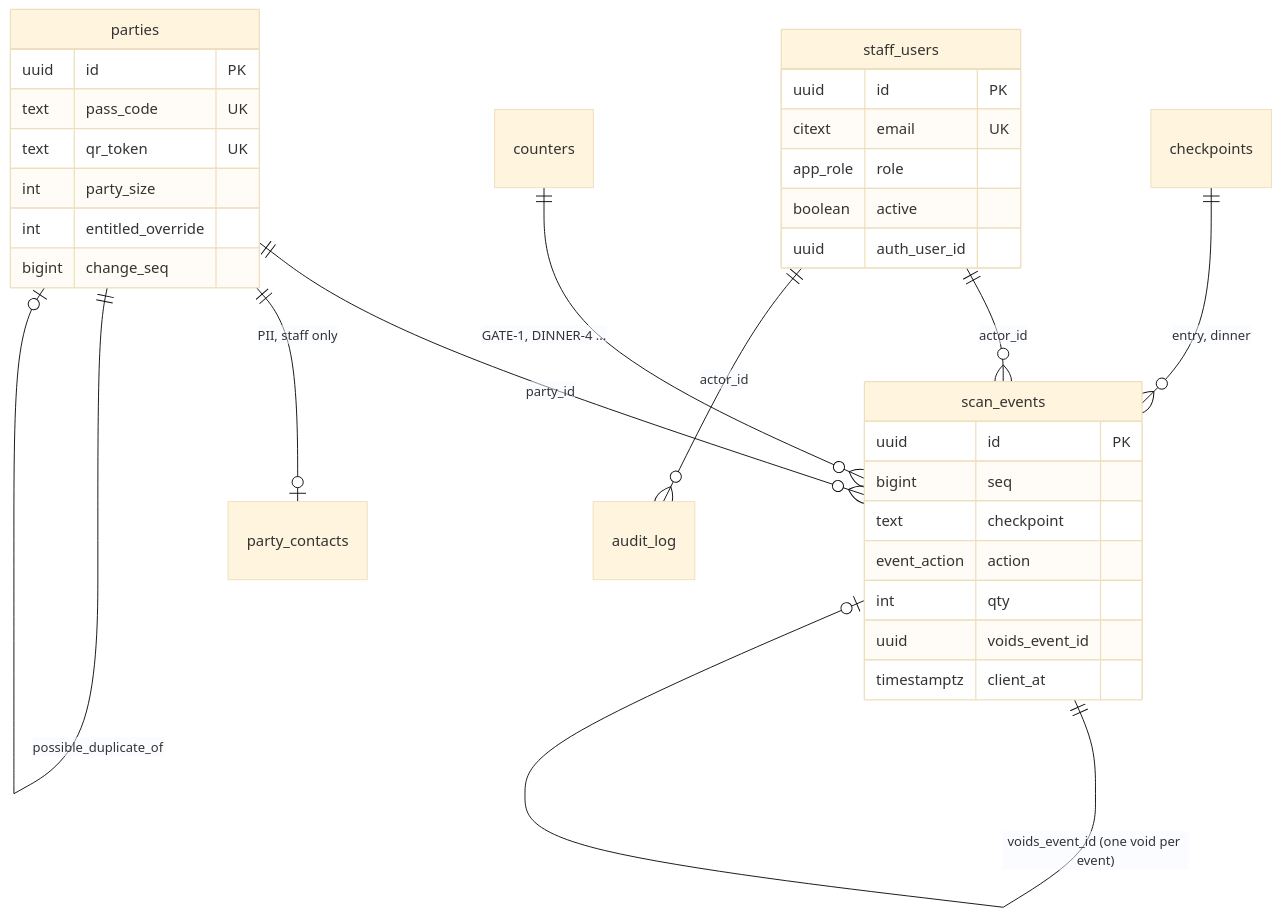
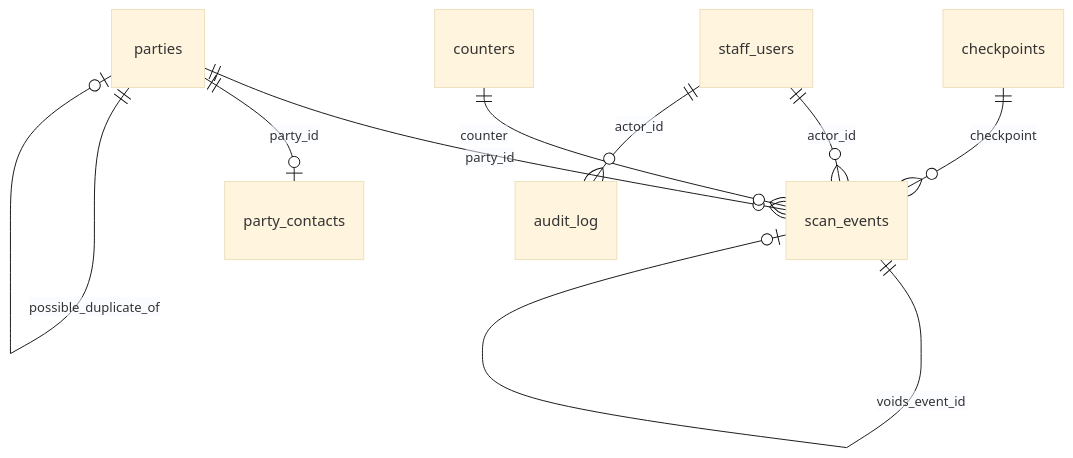
Before and after one commit to VarunMatta5625/homecoming-checkin: the third of 3 diagrams in README.md, drawn with Mermaid (base theme). The commit also changed other lines of this file, not shown here.

First line of the commit message:
Make README a code-only walkthrough (#9)

````diff
--- a/README.md
+++ b/README.md
@@ -207,35 +770,11 @@
 ```mermaid
 erDiagram
     staff_users ||--o{ scan_events : "actor_id"
     parties ||--o{ scan_events : "party_id"
-    parties ||--o| party_contacts : "PII, staff only"
+    parties ||--o| party_contacts : "party_id"
     parties ||--o| parties : "possible_duplicate_of"
-    scan_events ||--o| scan_events : "voids_event_id (one void per event)"
-    checkpoints ||--o{ scan_events : "entry, dinner"
-    counters ||--o{ scan_events : "GATE-1, DINNER-4 ..."
+    scan_events ||--o| scan_events : "voids_event_id"
+    checkpoints ||--o{ scan_events : "checkpoint"
+    counters ||--o{ scan_events : "counter"
     staff_users ||--o{ audit_log : "actor_id"
-    staff_users {
-        uuid id PK
-        citext email UK
-        app_role role
-        boolean active
-        uuid auth_user_id
-    }
-    parties {
-        uuid id PK
-        text pass_code UK
-        text qr_token UK
-        int party_size
-        int entitled_override
-        bigint change_seq
-    }
-    scan_events {
-        uuid id PK
-        bigint seq
-        text checkpoint
-        event_action action
-        int qty
-        uuid voids_event_id
-        timestamptz client_at
-    }
 ```
````
